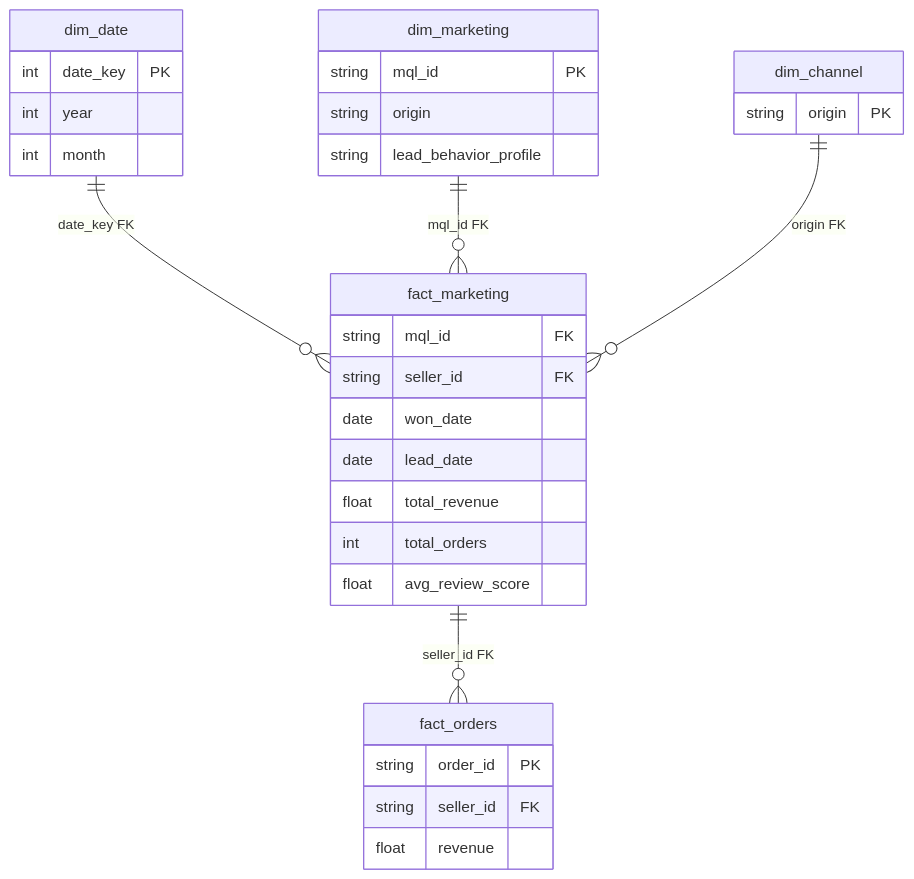
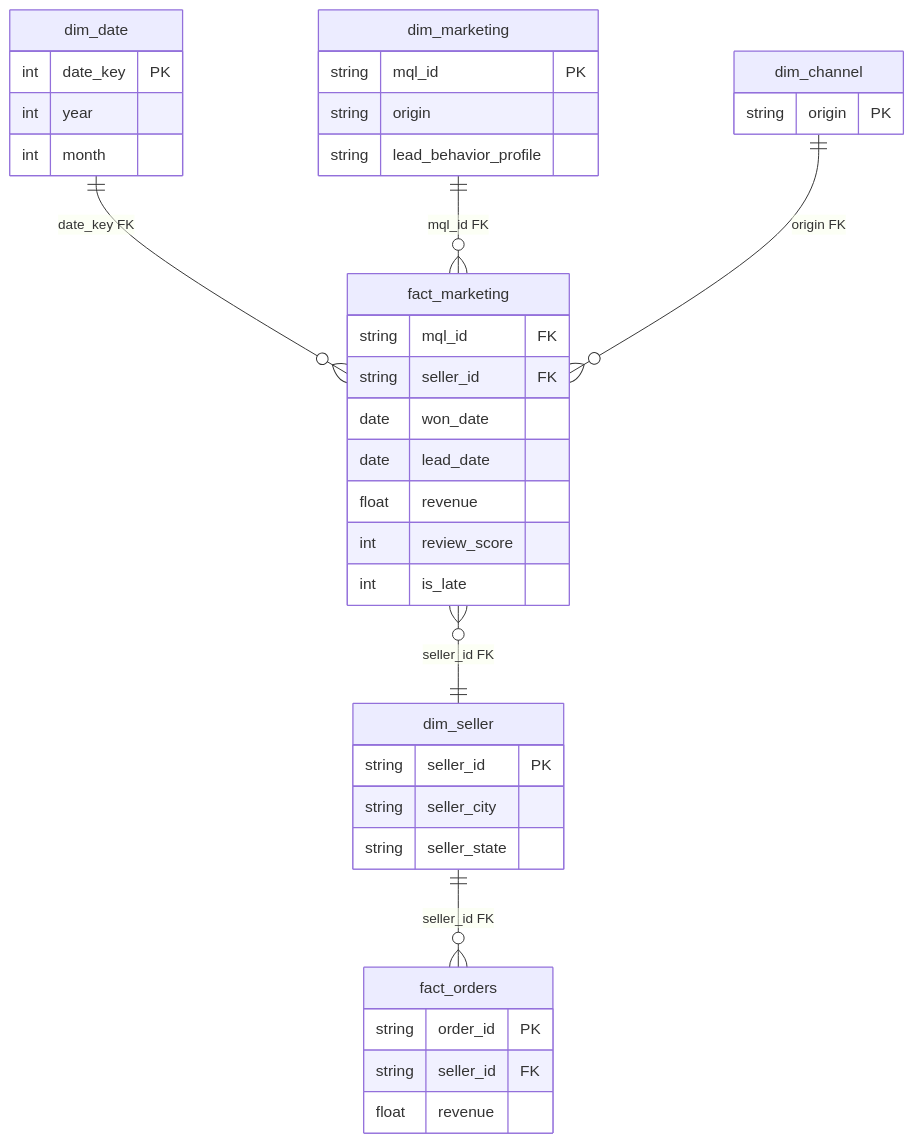
One commit to albarpambagio/olist-marketing-dashboard changed the first of 2 diagrams in README.md. Above: the diagram before and after it, drawn with Mermaid. The commit also changed 2 other files, not shown here.

Commit message:
[Marketing] Fix cardinalities: dim_seller bridge, 1:many dim_marketing->fact_marketing

````diff
--- a/README.md
+++ b/README.md
@@ -80,39 +80,46 @@
 ```mermaid
 erDiagram
     dim_date ||--o{ fact_marketing : "date_key FK"
     dim_marketing ||--o{ fact_marketing : "mql_id FK"
     dim_channel ||--o{ fact_marketing : "origin FK"
-    fact_marketing ||--o{ fact_orders : "seller_id FK"
+    fact_marketing }o--|| dim_seller : "seller_id FK"
+    dim_seller ||--o{ fact_orders : "seller_id FK"
 
     dim_date {
         int date_key PK
         int year
         int month
     }
 
     dim_marketing {
         string mql_id PK
         string origin
         string lead_behavior_profile
     }
 
     dim_channel {
         string origin PK
     }
 
     fact_marketing {
         string mql_id FK
         string seller_id FK
         date won_date
         date lead_date
-        float total_revenue
-        int total_orders
-        float avg_review_score
+        float revenue
+        int review_score
+        int is_late
+    }
+
+    dim_seller {
+        string seller_id PK
+        string seller_city
+        string seller_state
     }
 
     fact_orders {
         string order_id PK
         string seller_id FK
         float revenue
     }
 ```
````
